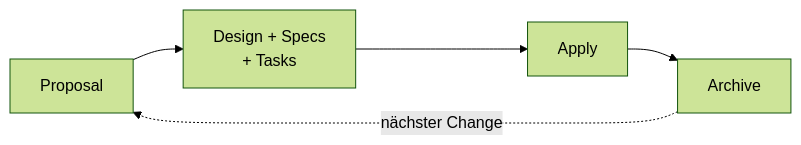
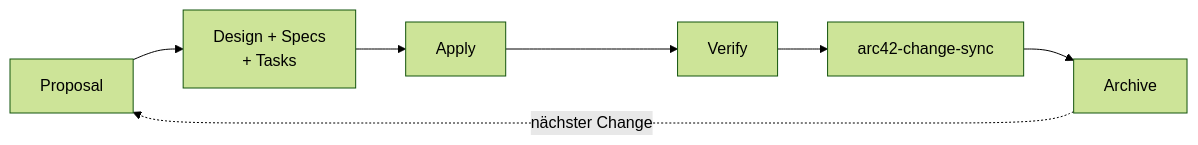
The fourth of 5 diagrams in slides-ai/slides.md (Gepardec/tkud-training), drawn with Mermaid (forest theme) before and after one commit. The commit also changed other lines of this file and 6 other files, not shown here.

````diff
--- a/slides-ai/slides.md
+++ b/slides-ai/slides.md
@@ -327,7 +447,9 @@
 ```mermaid
 flowchart LR
   P["Proposal"] --> D["Design + Specs<br/>+ Tasks"]
   D --> A["Apply"]
-  A --> X["Archive"]
+  A --> V["Verify"]
+  V --> S["arc42-change-sync"]
+  S --> X["Archive"]
   X -. nächster Change .-> P
 ```
````
